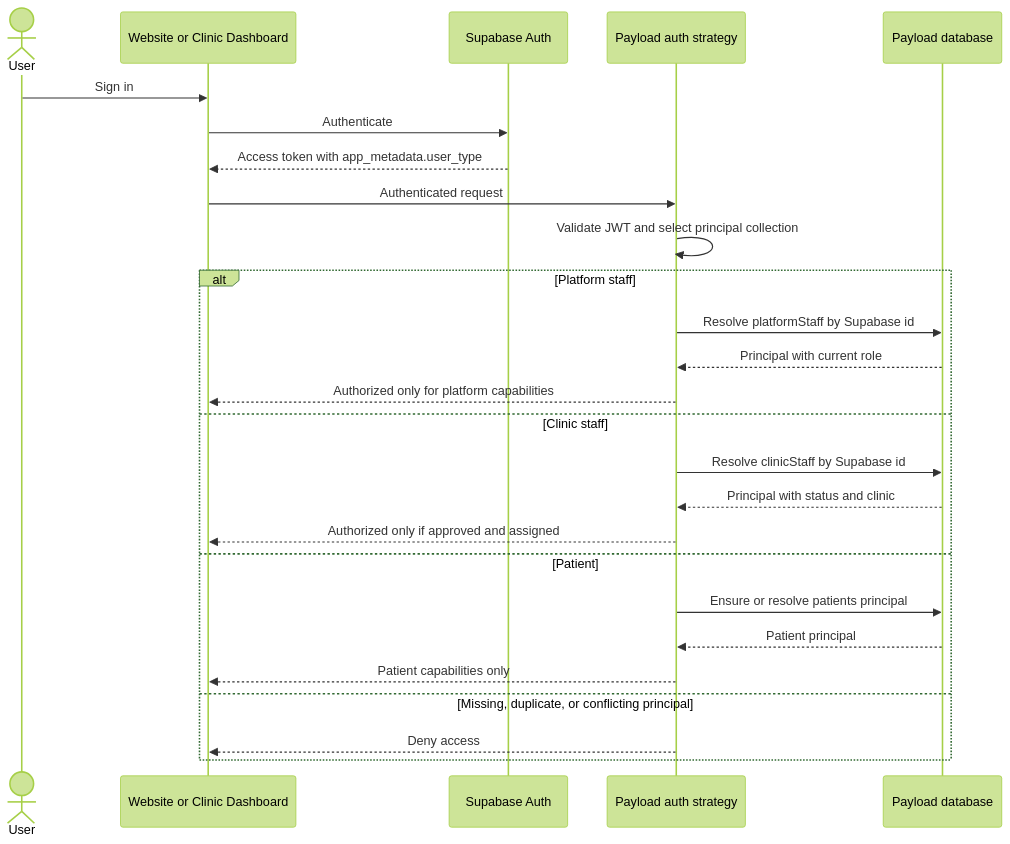
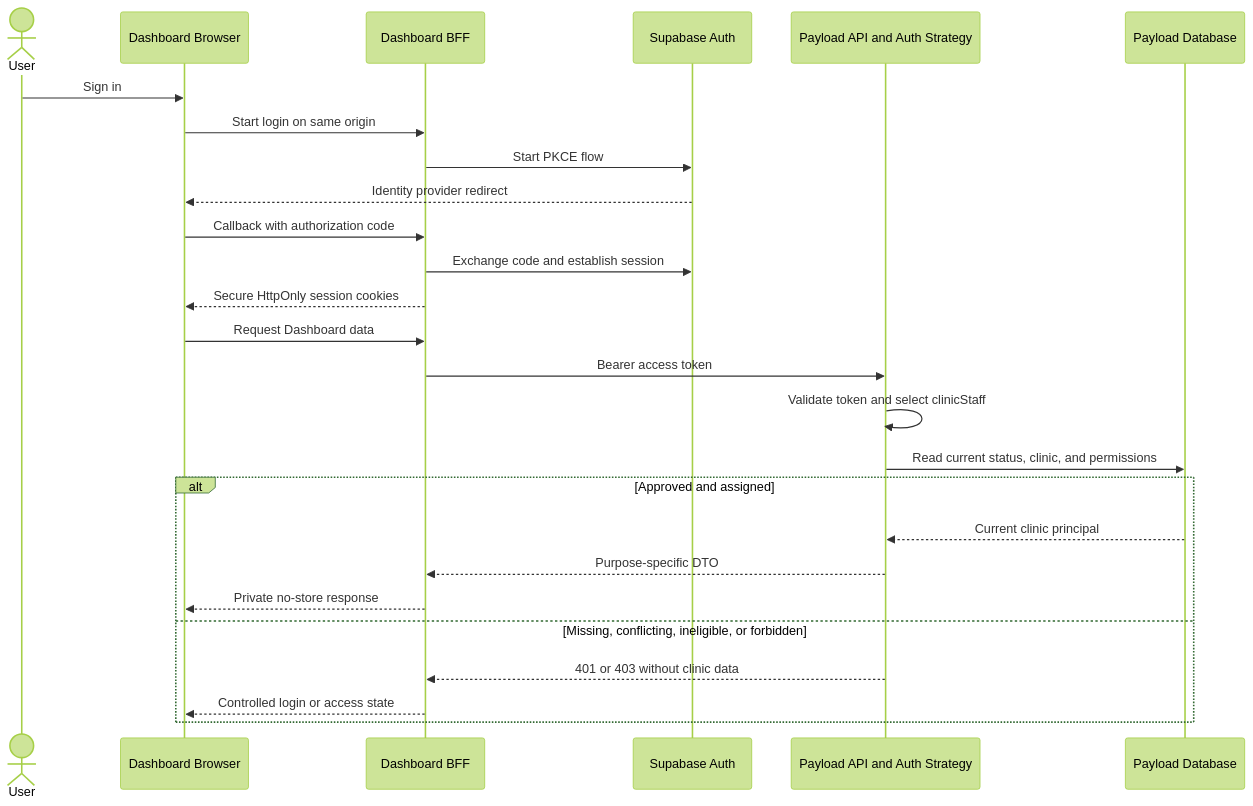
The first of 3 diagrams in docs/security/auth-flow-diagram.md (findmydoc-platform/website), drawn with Mermaid (forest theme) before and after one commit. The commit also changed other lines of this file and 10 other files, not shown here.

Commit message:
docs: define clinic dashboard BFF architecture (#1559)

````diff
--- a/docs/security/auth-flow-diagram.md
+++ b/docs/security/auth-flow-diagram.md
@@ -3,29 +5,29 @@
 ```mermaid
 sequenceDiagram
     actor User
-    participant Browser as Website or Clinic Dashboard
+    participant Browser as Dashboard Browser
+    participant BFF as Dashboard BFF
     participant Supabase as Supabase Auth
-    participant Payload as Payload auth strategy
-    participant DB as Payload database
+    participant Payload as Payload API and Auth Strategy
+    participant DB as Payload Database
 
     User->>Browser: Sign in
-    Browser->>Supabase: Authenticate
-    Supabase-->>Browser: Access token with app_metadata.user_type
-    Browser->>Payload: Authenticated request
-    Payload->>Payload: Validate JWT and select principal collection
-    alt Platform staff
-        Payload->>DB: Resolve platformStaff by Supabase id
-        DB-->>Payload: Principal with current role
-        Payload-->>Browser: Authorized only for platform capabilities
-    else Clinic staff
-        Payload->>DB: Resolve clinicStaff by Supabase id
-        DB-->>Payload: Principal with status and clinic
-        Payload-->>Browser: Authorized only if approved and assigned
-    else Patient
-        Payload->>DB: Ensure or resolve patients principal
-        DB-->>Payload: Patient principal
-        Payload-->>Browser: Patient capabilities only
-    else Missing, duplicate, or conflicting principal
-        Payload-->>Browser: Deny access
+    Browser->>BFF: Start login on same origin
+    BFF->>Supabase: Start PKCE flow
+    Supabase-->>Browser: Identity provider redirect
+    Browser->>BFF: Callback with authorization code
+    BFF->>Supabase: Exchange code and establish session
+    BFF-->>Browser: Secure HttpOnly session cookies
+    Browser->>BFF: Request Dashboard data
+    BFF->>Payload: Bearer access token
+    Payload->>Payload: Validate token and select clinicStaff
+    Payload->>DB: Read current status, clinic, and permissions
+    alt Approved and assigned
+        DB-->>Payload: Current clinic principal
+        Payload-->>BFF: Purpose-specific DTO
+        BFF-->>Browser: Private no-store response
+    else Missing, conflicting, ineligible, or forbidden
+        Payload-->>BFF: 401 or 403 without clinic data
+        BFF-->>Browser: Controlled login or access state
     end
 ```
````
